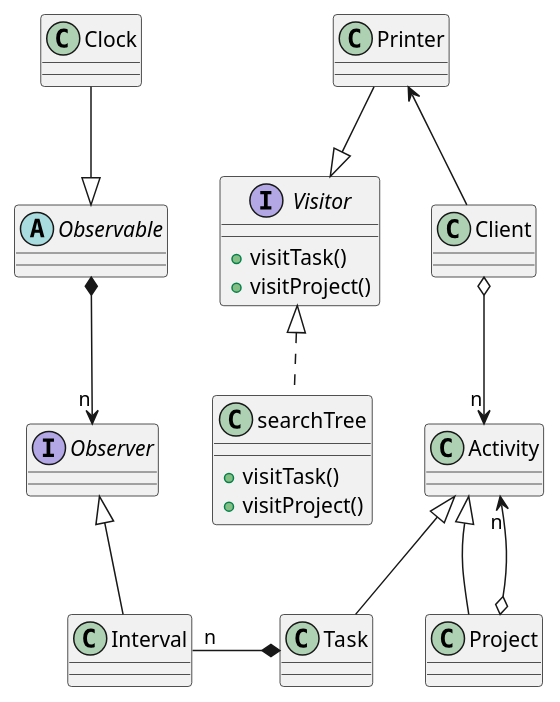
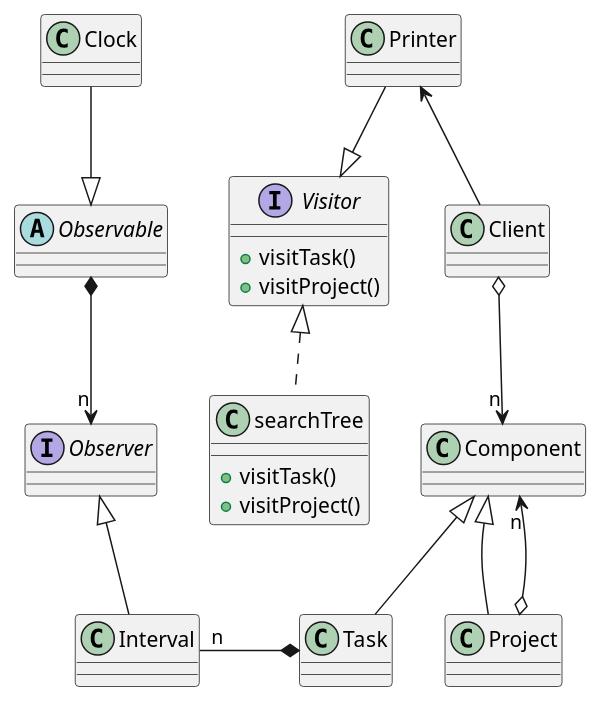
The diagram in TimeTracker.puml (frcalderon/TimeTracker), drawn with PlantUML before and after one commit.

Commit message:
changed activity to component

```diff
--- a/TimeTracker.puml
+++ b/TimeTracker.puml
@@ -1,45 +1,45 @@
 @startuml
 
 class Client {
 }
 
 class Project {}
 
 class Task {}
 
-class Activity {}
+class Component {}
 
 class Interval {}
 
 Interface Visitor {
 + visitTask()
 + visitProject()
 }
 
 class searchTree {
 + visitTask()
 + visitProject()
 }
 
 interface Observer {}
 
 abstract class Observable {}
 
 class Clock {}
 
 class Printer {}
 
-Client o-down->"n" Activity
-Project -up-|> Activity
-Activity "n"<-down-o Project
-Task -up-|> Activity
+Client o-down->"n" Component
+Project -up-|> Component
+Component "n"<-down-o Project
+Task -up-|> Component
 Task -[hidden]right- Project
 Interval "n" -right-* Task
 Clock --|> Observable
 Printer --|> Visitor
 Interval -up-|> Observer
 Observable *-->"n" Observer
 Client -up-> Printer
 searchTree .up.|> Visitor
 
 @enduml
```
